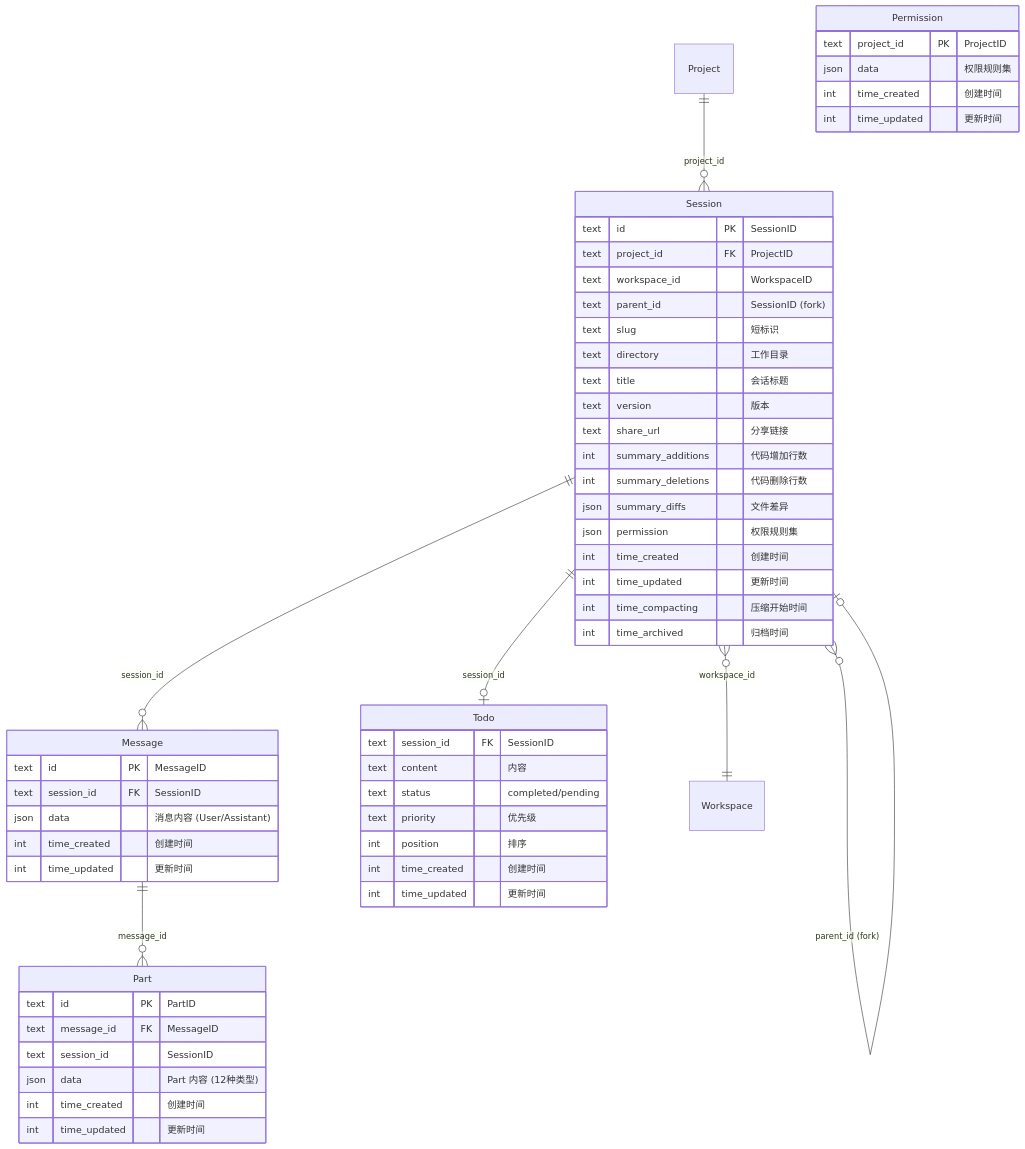
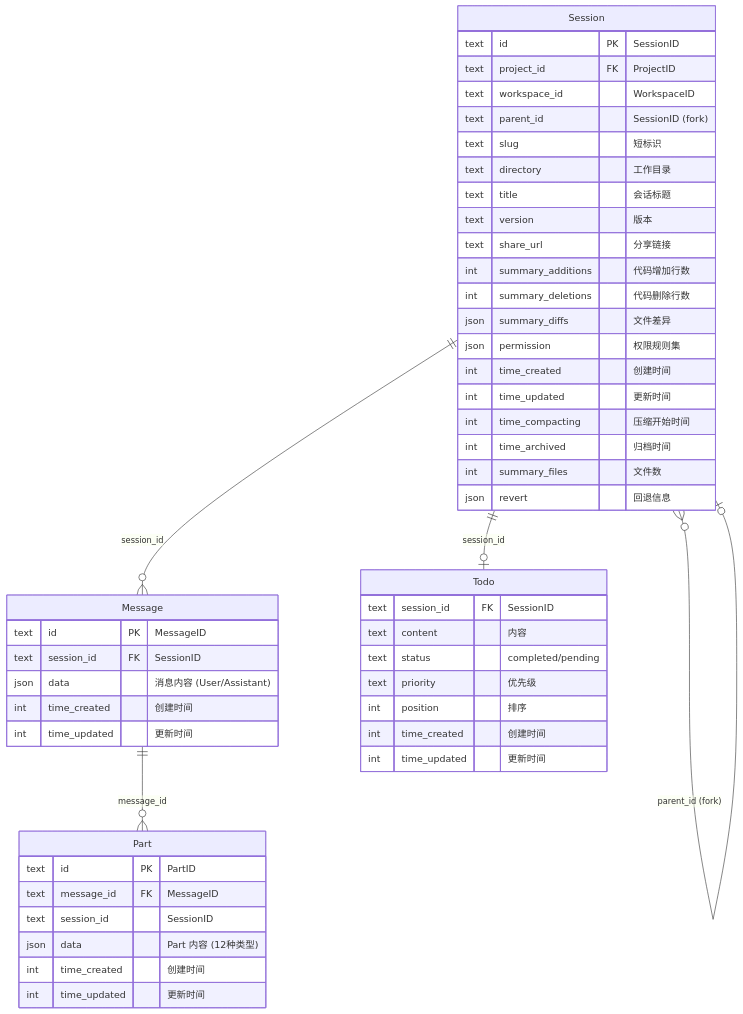
One commit to LeoNardo-LB/source-code-analysis changed the second of 8 diagrams in opencode/docs/part-1-输入阶段/02-Session与上下文构建.md. Above: the diagram before and after it, drawn with Mermaid. The commit also changed other lines of this file and 13 other files, not shown here.

````diff
--- a/opencode/docs/part-1-输入阶段/02-Session与上下文构建.md
+++ b/opencode/docs/part-1-输入阶段/02-Session与上下文构建.md
@@ -69,63 +69,56 @@
 ```mermaid
 erDiagram
-    Project ||--o{ Session : "project_id"
     Session ||--o{ Message : "session_id"
     Message ||--o{ Part : "message_id"
     Session ||--o| Todo : "session_id"
-    Session }o--|| Workspace : "workspace_id"
     Session }o--o| Session : "parent_id (fork)"
 
     Session {
         text id PK "SessionID"
         text project_id FK "ProjectID"
         text workspace_id "WorkspaceID"
         text parent_id "SessionID (fork)"
         text slug "短标识"
         text directory "工作目录"
         text title "会话标题"
         text version "版本"
         text share_url "分享链接"
         int summary_additions "代码增加行数"
         int summary_deletions "代码删除行数"
         json summary_diffs "文件差异"
         json permission "权限规则集"
         int time_created "创建时间"
         int time_updated "更新时间"
         int time_compacting "压缩开始时间"
         int time_archived "归档时间"
+        int summary_files "文件数"
+        json revert "回退信息"
     }
 
     Message {
         text id PK "MessageID"
         text session_id FK "SessionID"
         json data "消息内容 (User/Assistant)"
         int time_created "创建时间"
         int time_updated "更新时间"
     }
 
     Part {
         text id PK "PartID"
         text message_id FK "MessageID"
         text session_id "SessionID"
         json data "Part 内容 (12种类型)"
         int time_created "创建时间"
         int time_updated "更新时间"
     }
 
     Todo {
         text session_id FK "SessionID"
         text content "内容"
         text status "completed/pending"
         text priority "优先级"
         int position "排序"
         int time_created "创建时间"
         int time_updated "更新时间"
     }
-
-    Permission {
-        text project_id PK "ProjectID"
-        json data "权限规则集"
-        int time_created "创建时间"
-        int time_updated "更新时间"
-    }
 ```
````
